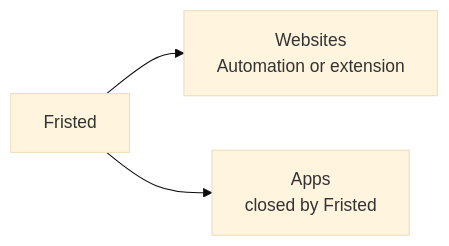
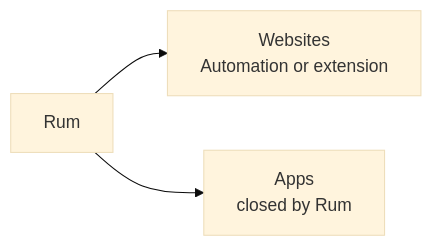
The diagram in README.md (kasnder/redd-block), drawn with Mermaid (base theme) before and after one commit. The commit also changed other lines of this file and 63 other files, not shown here.

First line of the commit message:
Rename the app from Fristed to Rum across the product.

````diff
--- a/README.md
+++ b/README.md
@@ -31,6 +31,6 @@
 ```mermaid
 flowchart LR
-  RB[Fristed]
+  RB[Rum]
   RB --> WEB[Websites<br/>Automation or extension]
-  RB --> APP[Apps<br/>closed by Fristed]
+  RB --> APP[Apps<br/>closed by Rum]
 ```
````
